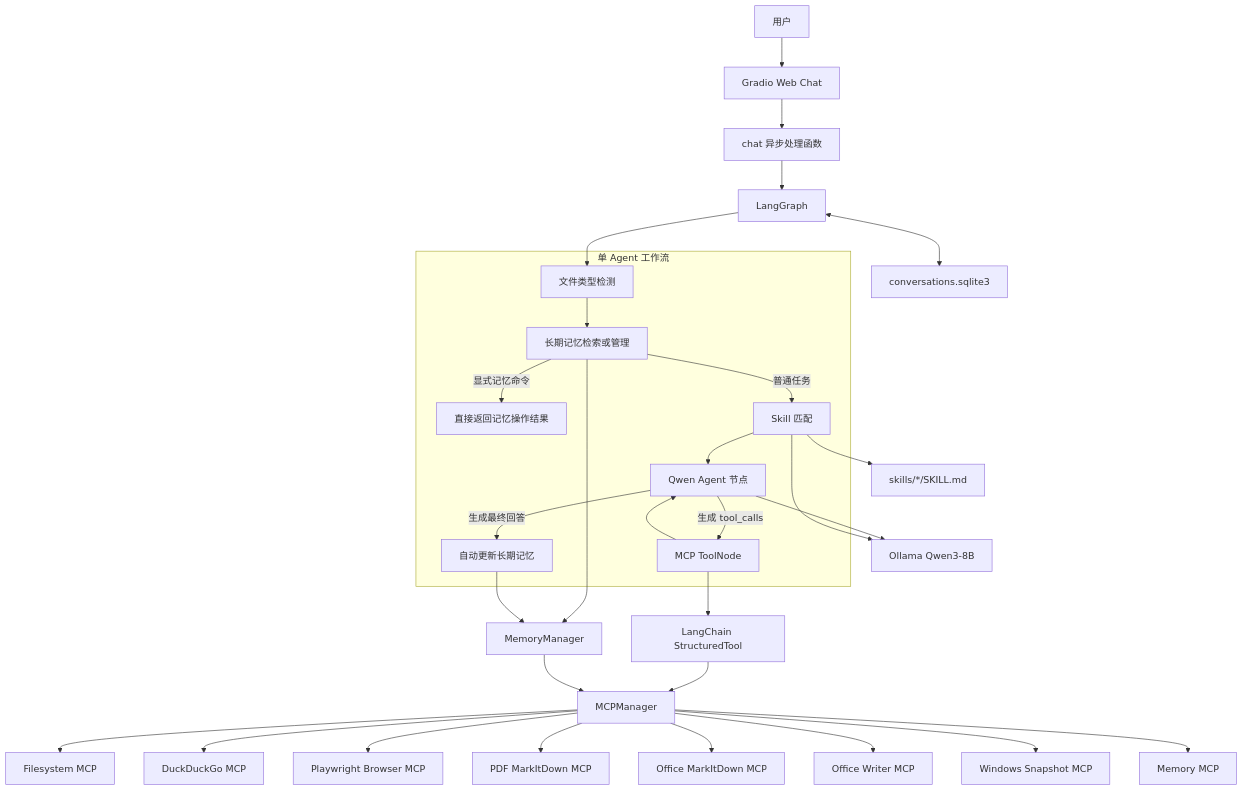
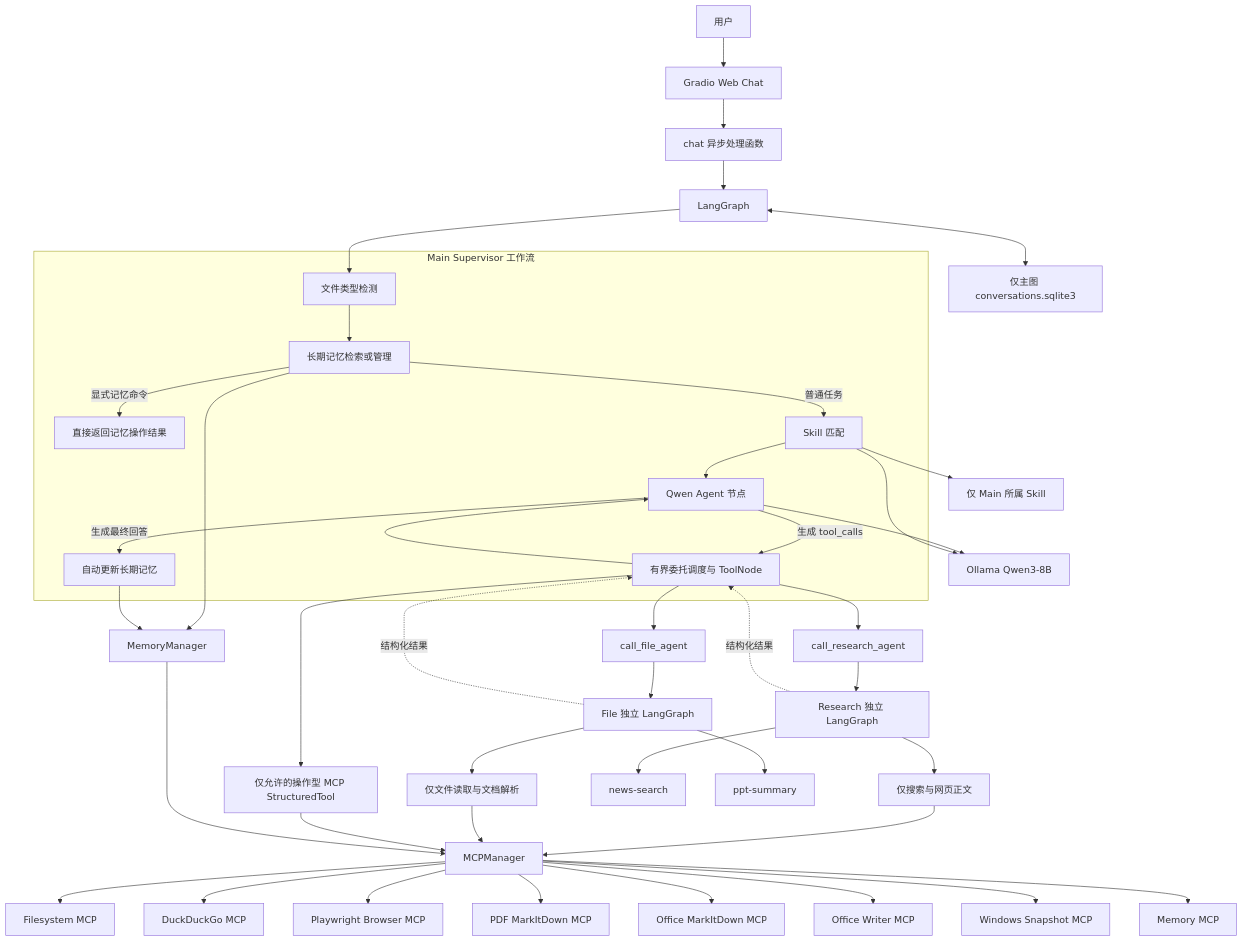
Before and after one commit to MiYanz/Agent_Qwen: the first of 3 diagrams in README.md, drawn with Mermaid. The commit also changed other lines of this file and 36 other files, not shown here.

````diff
--- a/README.md
+++ b/README.md
@@ -82,43 +84,55 @@
 ```mermaid
 flowchart TD
     User[用户] --> Web[Gradio Web Chat]
     Web --> Chat[chat 异步处理函数]
     Chat --> Graph[LangGraph]
 
-    subgraph AgentGraph[单 Agent 工作流]
+    subgraph AgentGraph[Main Supervisor 工作流]
         FileDetector[文件类型检测]
         MemoryNode[长期记忆检索或管理]
         MemoryReply[直接返回记忆操作结果]
         SkillDetector[Skill 匹配]
         AgentNode[Qwen Agent 节点]
-        ToolNode[MCP ToolNode]
+        ToolNode[有界委托调度与 ToolNode]
         MemoryUpdate[自动更新长期记忆]
 
         FileDetector --> MemoryNode
         MemoryNode -->|显式记忆命令| MemoryReply
         MemoryNode -->|普通任务| SkillDetector
         SkillDetector --> AgentNode
         AgentNode -->|生成 tool_calls| ToolNode
         ToolNode --> AgentNode
         AgentNode -->|生成最终回答| MemoryUpdate
     end
 
     Graph --> FileDetector
     AgentNode --> Ollama[Ollama Qwen3-8B]
     SkillDetector --> Ollama
-    ToolNode --> Adapter[LangChain StructuredTool]
+    ToolNode --> Adapter[仅允许的操作型 MCP StructuredTool]
+    ToolNode --> ResearchTool[call_research_agent]
+    ToolNode --> FileTool[call_file_agent]
+    ResearchTool --> ResearchGraph[Research 独立 LangGraph]
+    FileTool --> FileGraph[File 独立 LangGraph]
+    ResearchGraph --> ResearchTools[仅搜索与网页正文]
+    FileGraph --> FileTools[仅文件读取与文档解析]
+    ResearchTools --> Manager
+    FileTools --> Manager
+    ResearchGraph -.结构化结果.-> ToolNode
+    FileGraph -.结构化结果.-> ToolNode
     Adapter --> Manager[MCPManager]
     Manager --> Filesystem[Filesystem MCP]
     Manager --> Search[DuckDuckGo MCP]
     Manager --> Browser[Playwright Browser MCP]
     Manager --> PDF[PDF MarkItDown MCP]
     Manager --> Office[Office MarkItDown MCP]
     Manager --> Writer[Office Writer MCP]
     Manager --> Computer[Windows Snapshot MCP]
     MemoryNode --> MemoryManager[MemoryManager]
     MemoryUpdate --> MemoryManager
     MemoryManager --> Manager
     Manager --> MemoryServer[Memory MCP]
-    Graph <--> SQLite[conversations.sqlite3]
-    SkillDetector --> Skills[skills/*/SKILL.md]
+    Graph <--> SQLite[仅主图 conversations.sqlite3]
+    SkillDetector --> Skills[仅 Main 所属 Skill]
+    ResearchGraph --> NewsSkill[news-search]
+    FileGraph --> PPTSkill[ppt-summary]
 ```
````
